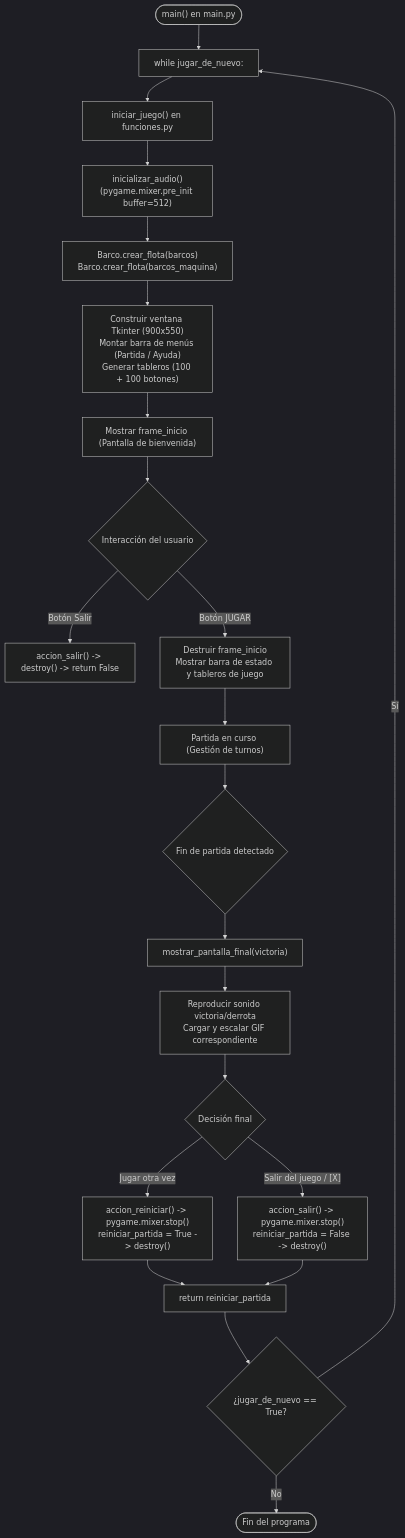
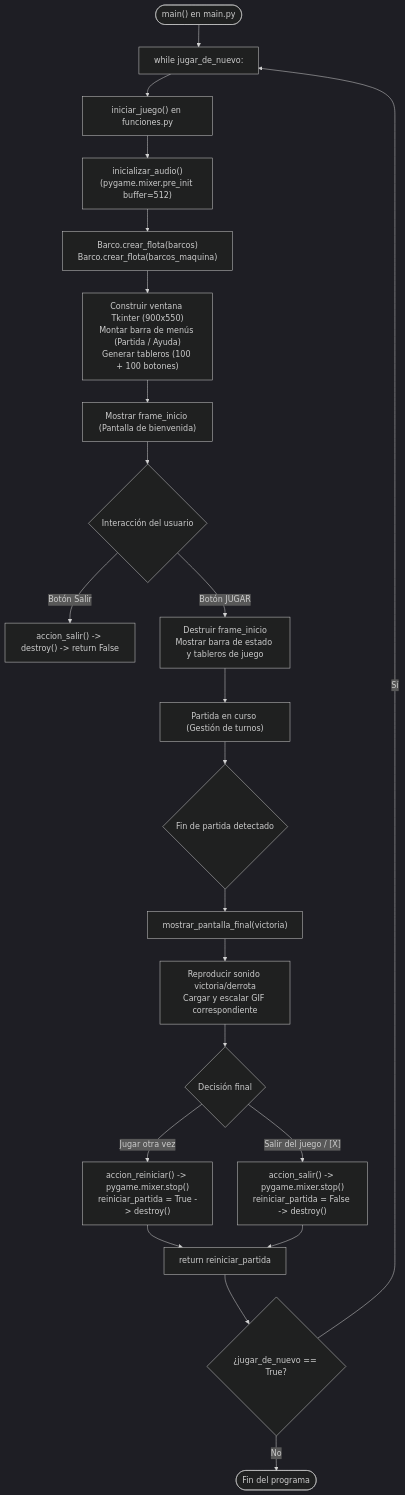
The fourth of 4 diagrams in README.md (BorjaBG/HundirLaFlota), drawn with Mermaid (dark theme) before and after one commit. The commit also changed other lines of this file, not shown here.

````diff
--- a/README.md
+++ b/README.md
@@ -322,31 +325,32 @@
 ```mermaid
+%%{init: {'flowchart': {'nodePadding': 25, 'rankSpacing': 45}}}%%
 graph TD
     MainApp(["main() en main.py"]) --> StartLoop["while jugar_de_nuevo:"]
     StartLoop --> CallInit["iniciar_juego() en funciones.py"]
 
     CallInit --> InitAudio["inicializar_audio()<br/>(pygame.mixer.pre_init buffer=512)"]
     InitAudio --> CreateFleets["Barco.crear_flota(barcos)<br/>Barco.crear_flota(barcos_maquina)"]
     CreateFleets --> BuildGUI["Construir ventana Tkinter (900x550)<br/>Montar barra de menús (Partida / Ayuda)<br/>Generar tableros (100 + 100 botones)"]
     BuildGUI --> ShowStart["Mostrar frame_inicio (Pantalla de bienvenida)"]
 
     ShowStart --> StartAction{"Interacción del usuario"}
     StartAction -- "Botón Salir" --> ExitGame["accion_salir() -> destroy() -> return False"]
     StartAction -- "Botón JUGAR" --> DestroyStart["Destruir frame_inicio<br/>Mostrar barra de estado y tableros de juego"]
 
     DestroyStart --> GamePlaying["Partida en curso (Gestión de turnos)"]
     GamePlaying --> EndCondition{"Fin de partida detectado"}
 
     EndCondition --> ShowEnd["mostrar_pantalla_final(victoria)"]
     ShowEnd --> PlayEndSound["Reproducir sonido victoria/derrota<br/>Cargar y escalar GIF correspondiente"]
     PlayEndSound --> EndButtons{"Decisión final"}
 
     EndButtons -- "Jugar otra vez" --> ActionRestart["accion_reiniciar() -> pygame.mixer.stop()<br/>reiniciar_partida = True -> destroy()"]
     EndButtons -- "Salir del juego / [X]" --> ActionExit["accion_salir() -> pygame.mixer.stop()<br/>reiniciar_partida = False -> destroy()"]
 
     ActionRestart --> ReturnBool["return reiniciar_partida"]
     ActionExit --> ReturnBool
 
     ReturnBool --> LoopCondition{"¿jugar_de_nuevo == True?"}
     LoopCondition -- Sí --> StartLoop
     LoopCondition -- No --> EndApp(["Fin del programa"])
 ```
````
